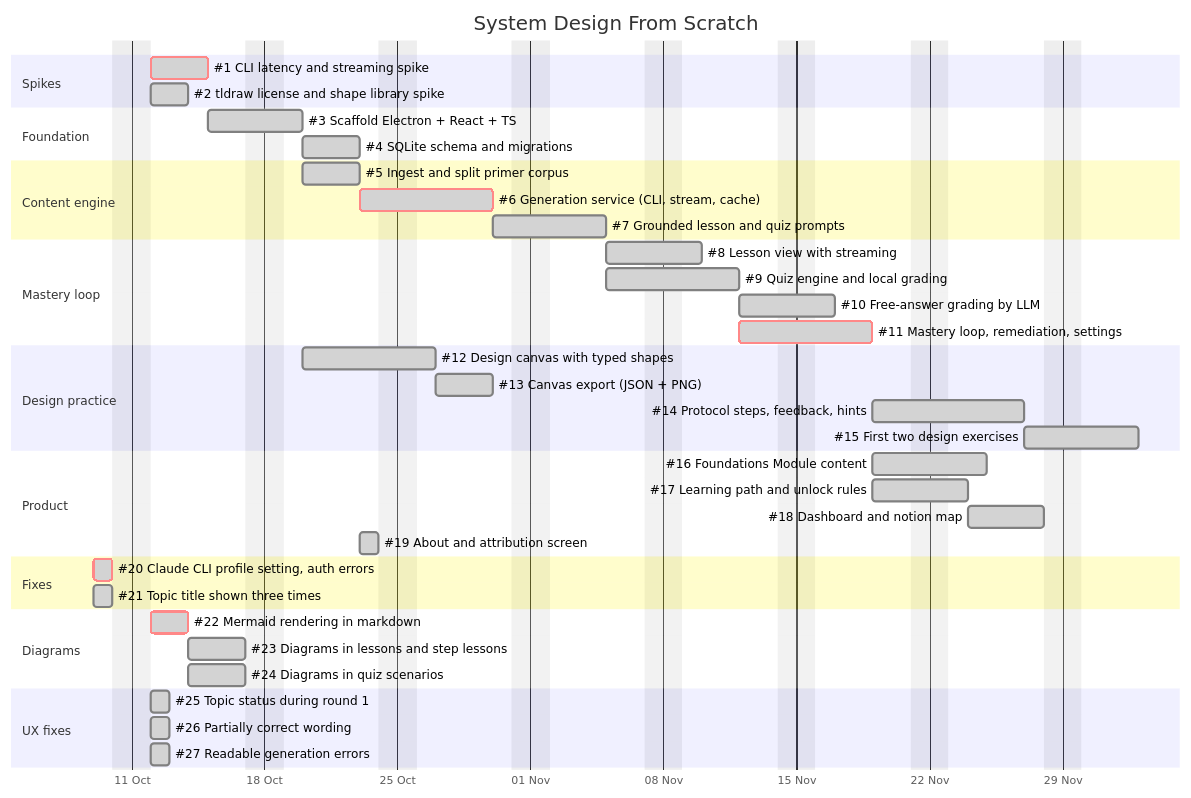
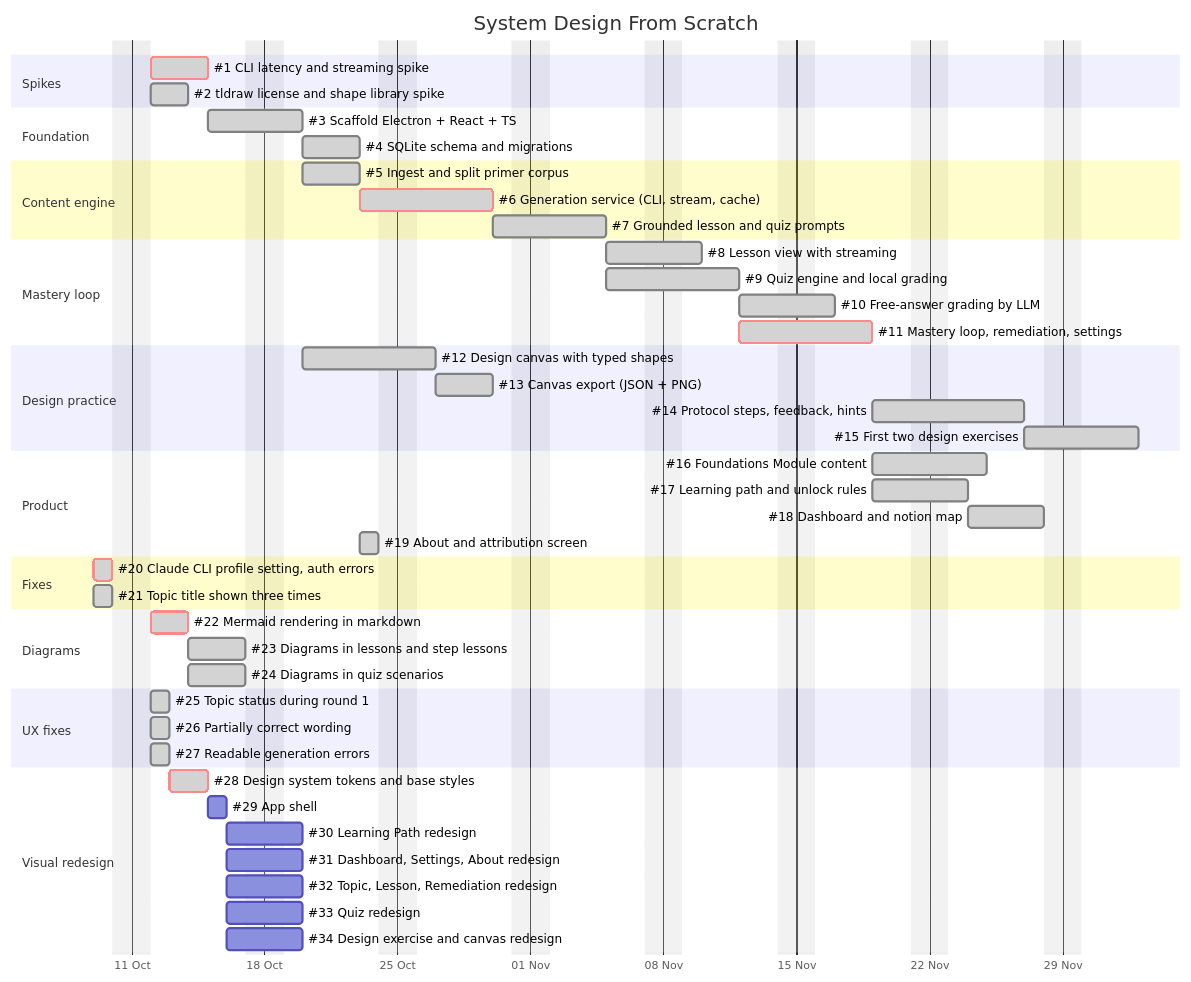
Before and after one commit to jbclaramonte/system-design-from-scratch: the diagram in docs/ROADMAP.md, drawn with Mermaid. The commit also changed other lines of this file and 29 other files, not shown here.

First line of the commit message:
feat: design system tokens, fonts and base styles

````diff
--- a/docs/ROADMAP.md
+++ b/docs/ROADMAP.md
@@ -13,52 +13,61 @@
 ```mermaid
 gantt
     title System Design From Scratch
     dateFormat YYYY-MM-DD
     excludes weekends
     axisFormat %d %b
 
     section Spikes
     #1 CLI latency and streaming spike        :done, crit, s1, 2026-10-12, 3d
     #2 tldraw license and shape library spike :done, s2, 2026-10-12, 2d
 
     section Foundation
     #3 Scaffold Electron + React + TS         :done, f1, after s1, 3d
     #4 SQLite schema and migrations           :done, f2, after f1, 3d
 
     section Content engine
     #5 Ingest and split primer corpus         :done, c1, after f1, 3d
     #6 Generation service (CLI, stream, cache):done, crit, c2, after f2, 5d
     #7 Grounded lesson and quiz prompts       :done, c3, after c1 c2, 4d
 
     section Mastery loop
     #8 Lesson view with streaming             :done, m1, after c3, 3d
     #9 Quiz engine and local grading          :done, m2, after c3, 5d
     #10 Free-answer grading by LLM            :done, m3, after m2, 3d
     #11 Mastery loop, remediation, settings   :done, crit, m4, after m1 m2, 5d
 
     section Design practice
     #12 Design canvas with typed shapes       :done, d1, after s2 f1, 5d
     #13 Canvas export (JSON + PNG)            :done, d2, after d1, 3d
     #14 Protocol steps, feedback, hints       :done, d3, after d2 m4, 6d
     #15 First two design exercises            :done, d4, after d3, 4d
 
     section Product
     #16 Foundations Module content            :done, p1, after m4, 4d
     #17 Learning path and unlock rules        :done, p2, after m4, 3d
     #18 Dashboard and notion map              :done, p3, after p2, 4d
     #19 About and attribution screen          :done, p4, after c1, 1d
 
     section Fixes
     #20 Claude CLI profile setting, auth errors :done, crit, x1, 2026-10-09, 1d
     #21 Topic title shown three times         :done, x2, 2026-10-09, 1d
 
     section Diagrams
     #22 Mermaid rendering in markdown         :done, crit, g1, 2026-10-12, 2d
     #23 Diagrams in lessons and step lessons  :done, g2, after g1, 3d
     #24 Diagrams in quiz scenarios            :done, g3, after g1, 3d
 
     section UX fixes
     #25 Topic status during round 1           :done, u1, 2026-10-12, 1d
     #26 Partially correct wording             :done, u2, 2026-10-12, 1d
     #27 Readable generation errors            :done, u3, 2026-10-12, 1d
+
+    section Visual redesign
+    #28 Design system tokens and base styles  :done, crit, v1, 2026-10-13, 2d
+    #29 App shell                             :v2, after v1, 1d
+    #30 Learning Path redesign                :v3, after v2, 2d
+    #31 Dashboard, Settings, About redesign   :v4, after v2, 2d
+    #32 Topic, Lesson, Remediation redesign   :v5, after v2, 2d
+    #33 Quiz redesign                         :v6, after v2, 2d
+    #34 Design exercise and canvas redesign   :v7, after v2, 2d
 ```
````
